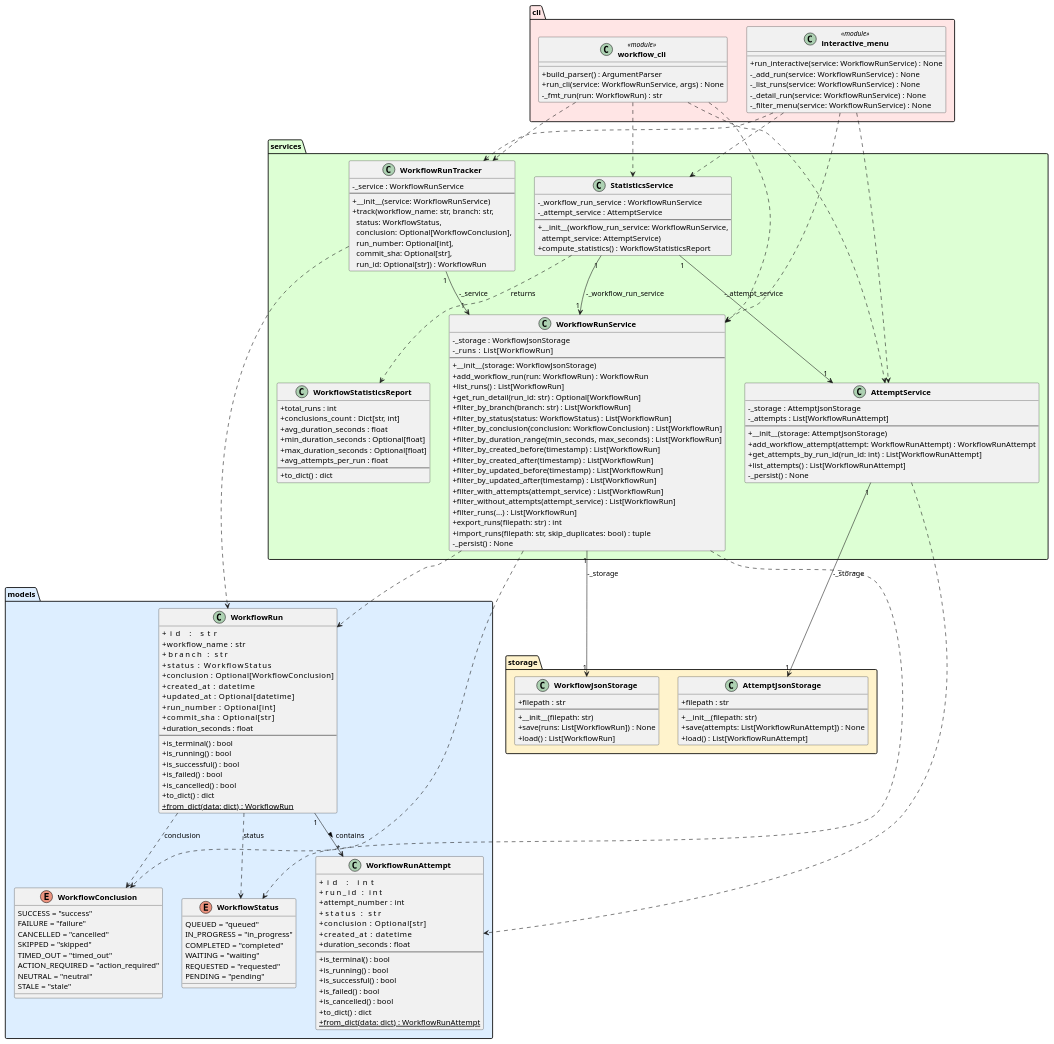
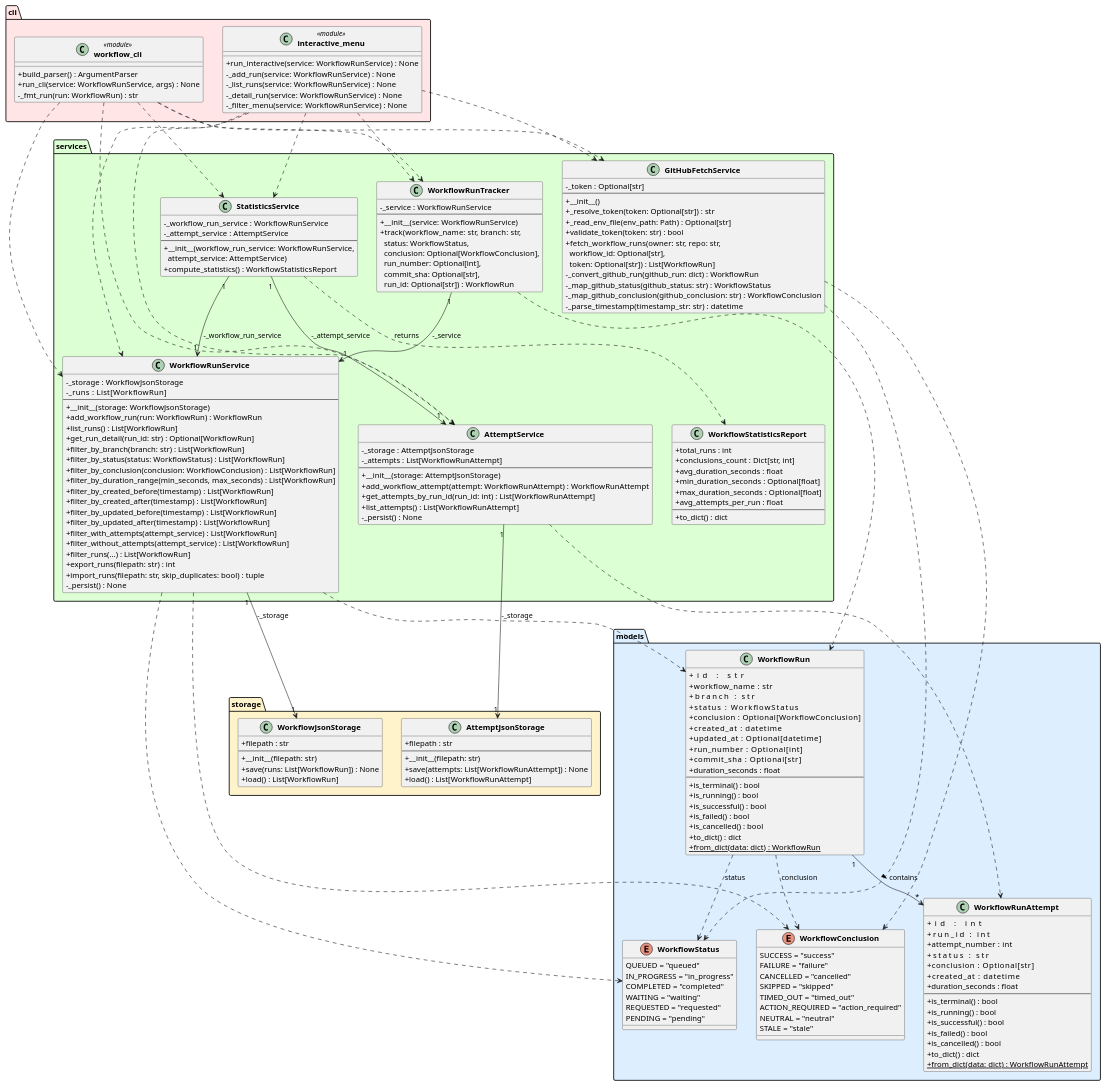
One commit to DanielRiha8906/Software_autoevolution_using_agents changed the diagram in experiments/broadcast/structured_text/github-workflow-manager/artifacts/class_diagram.puml. Above: the diagram before and after it, drawn with PlantUML. The commit also changed 4 other files, not shown here.

Commit message:
Update diagrams and progress for Task 08 — GitHub integration

```diff
--- a/experiments/broadcast/structured_text/github-workflow-manager/artifacts/class_diagram.puml
+++ b/experiments/broadcast/structured_text/github-workflow-manager/artifacts/class_diagram.puml
@@ -143,6 +143,20 @@
         +__init__(workflow_run_service: WorkflowRunService,\n  attempt_service: AttemptService)
         +compute_statistics() : WorkflowStatisticsReport
     }
+
+    class GitHubFetchService {
+        -_token : Optional[str]
+        --
+        +__init__()
+        +_resolve_token(token: Optional[str]) : str
+        +_read_env_file(env_path: Path) : Optional[str]
+        +validate_token(token: str) : bool
+        +fetch_workflow_runs(owner: str, repo: str,\n  workflow_id: Optional[str],\n  token: Optional[str]) : List[WorkflowRun]
+        -_convert_github_run(github_run: dict) : WorkflowRun
+        -_map_github_status(github_status: str) : WorkflowStatus
+        -_map_github_conclusion(github_conclusion: str) : WorkflowConclusion
+        -_parse_timestamp(timestamp_str: str) : datetime
+    }
 }
 
 package "cli" #FFE5E5 {
@@ -179,9 +193,13 @@
 "workflow_cli"             ..>  WorkflowRunTracker
 "workflow_cli"             ..>  AttemptService
 "workflow_cli"             ..>  StatisticsService
+"workflow_cli"             ..>  GitHubFetchService
 "interactive_menu"         ..>  WorkflowRunService
 "interactive_menu"         ..>  WorkflowRunTracker
 "interactive_menu"         ..>  AttemptService
 "interactive_menu"         ..>  StatisticsService
+"interactive_menu"         ..>  GitHubFetchService
+GitHubFetchService         ..>  WorkflowStatus
+GitHubFetchService         ..>  WorkflowConclusion
 
 @enduml
```
